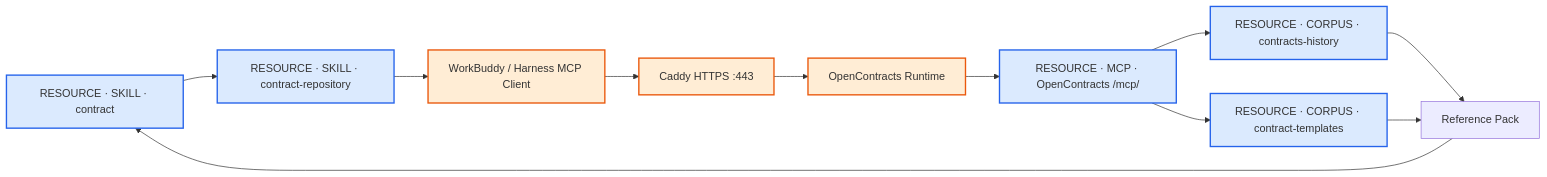
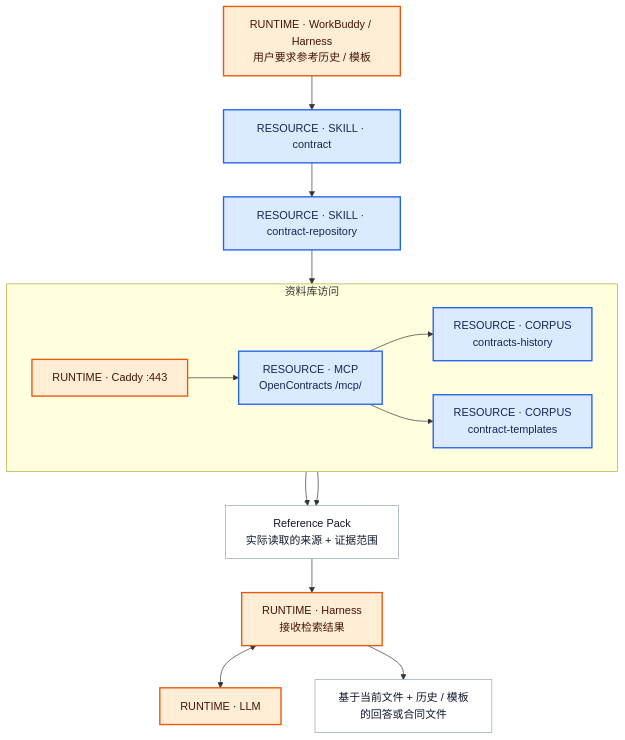
One commit to Ri0n72Y/ContractBotConfig changed the second of 5 diagrams in docs/architecture/c4.md. Above: the diagram before and after it, drawn with Mermaid. The commit also changed other lines of this file, not shown here.

Commit message:
docs: split architecture into compact business flow diagrams

````diff
--- a/docs/architecture/c4.md
+++ b/docs/architecture/c4.md
@@ -32,18 +77,33 @@
 ```mermaid
-flowchart LR
-    S[RESOURCE · SKILL · contract] --> R[RESOURCE · SKILL · contract-repository]
-    R --> H[WorkBuddy / Harness MCP Client]
-    H --> C[Caddy HTTPS :443]
-    C --> O[OpenContracts Runtime]
-    O --> M[RESOURCE · MCP · OpenContracts /mcp/]
-    M --> HC[RESOURCE · CORPUS · contracts-history]
-    M --> TC[RESOURCE · CORPUS · contract-templates]
-    HC --> P[Reference Pack]
-    TC --> P
-    P --> S
+flowchart TB
+    H0["RUNTIME · WorkBuddy / Harness<br/>用户要求参考历史 / 模板"]:::runtime
+    S1["RESOURCE · SKILL · contract"]:::resource
+    S2["RESOURCE · SKILL · contract-repository"]:::resource
 
-    classDef resource fill:#dbeafe,stroke:#2563eb,stroke-width:2px;
-    classDef platform fill:#ffedd5,stroke:#ea580c,stroke-width:2px;
-    class S,R,M,HC,TC resource;
-    class H,C,O platform;
+    subgraph ACCESS["资料库访问"]
+        direction LR
+        C["RUNTIME · Caddy :443"]:::runtime
+        M["RESOURCE · MCP<br/>OpenContracts /mcp/"]:::resource
+        CH["RESOURCE · CORPUS<br/>contracts-history"]:::resource
+        CT["RESOURCE · CORPUS<br/>contract-templates"]:::resource
+        C --> M
+        M --> CH
+        M --> CT
+    end
+
+    P["Reference Pack<br/>实际读取的来源 + 证据范围"]:::process
+    H1["RUNTIME · Harness<br/>接收检索结果"]:::runtime
+    LLM["RUNTIME · LLM"]:::runtime
+    OUT["基于当前文件 + 历史 / 模板的回答或合同文件"]:::process
+
+    H0 --> S1 --> S2 --> C
+    CH --> P
+    CT --> P
+    P --> H1
+    H1 <--> LLM
+    H1 --> OUT
+
+    classDef resource fill:#dbeafe,stroke:#2563eb,color:#172554,stroke-width:2px;
+    classDef runtime fill:#ffedd5,stroke:#ea580c,color:#431407,stroke-width:2px;
+    classDef process fill:#ffffff,stroke:#94a3b8,color:#0f172a,stroke-width:1px;
 ```
````
